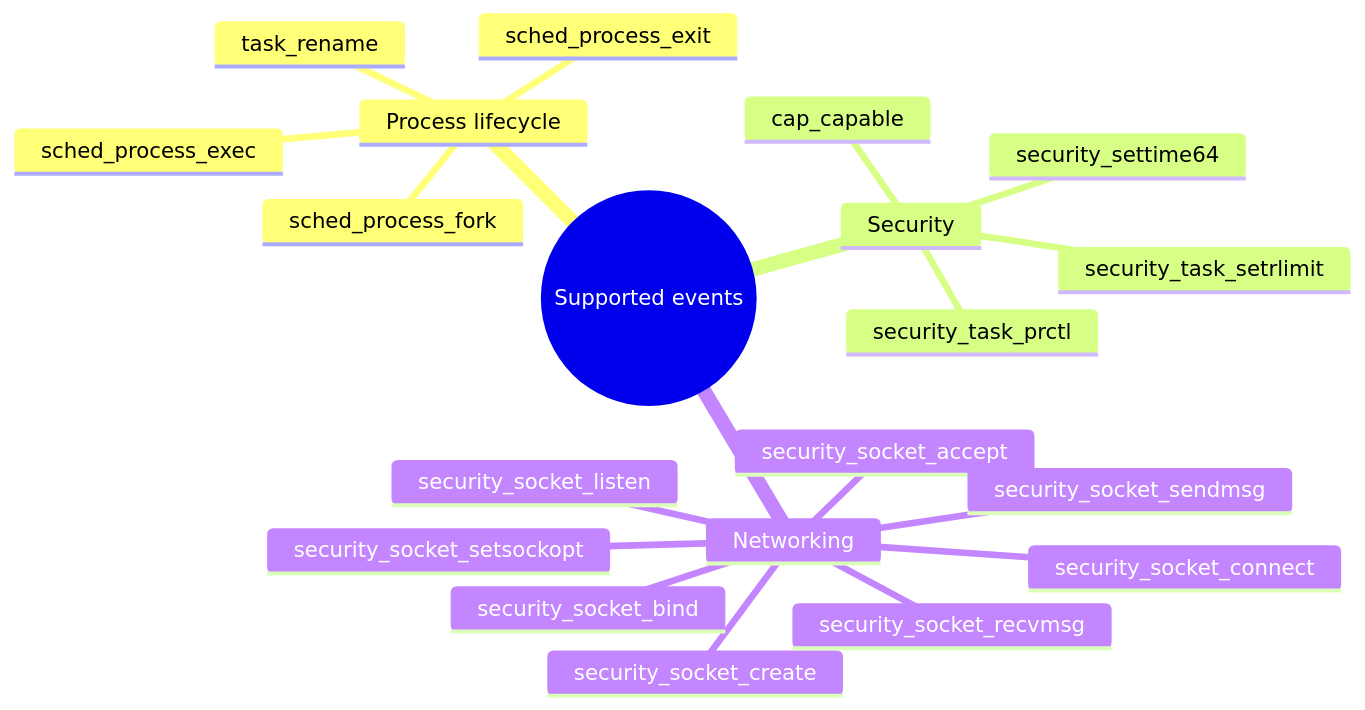
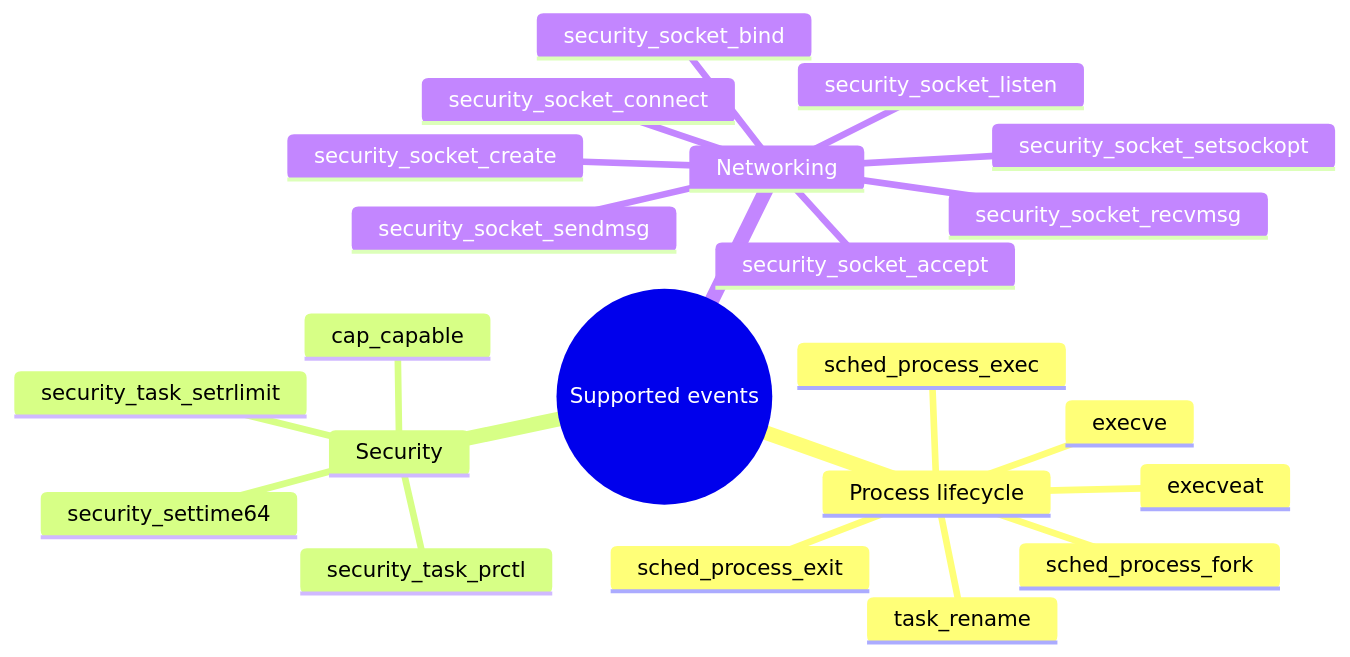
One commit to sroman0/Thesis_documentation changed the second of 3 diagrams in demo/first_demo.md. Above: the diagram before and after it, drawn with Mermaid. The commit also changed 10 other files, not shown here.

````diff
--- a/demo/first_demo.md
+++ b/demo/first_demo.md
@@ -49,23 +49,25 @@
 ```mermaid
 mindmap
   root((Supported events))
     Process lifecycle
       sched_process_fork
       sched_process_exec
+      execve
+      execveat
       sched_process_exit
       task_rename
     Security
       cap_capable
       security_task_setrlimit
       security_settime64
       security_task_prctl
     Networking
       security_socket_create
       security_socket_listen
       security_socket_connect
       security_socket_accept
       security_socket_bind
       security_socket_setsockopt
       security_socket_recvmsg
       security_socket_sendmsg
 ```
````
